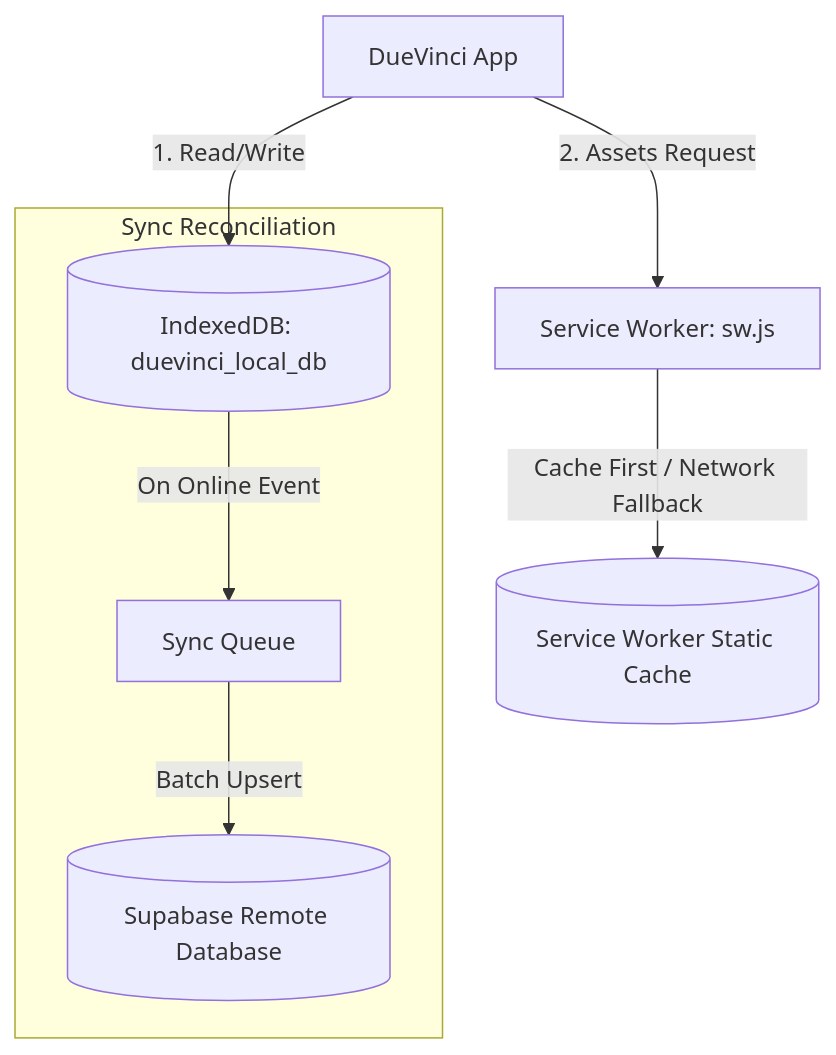
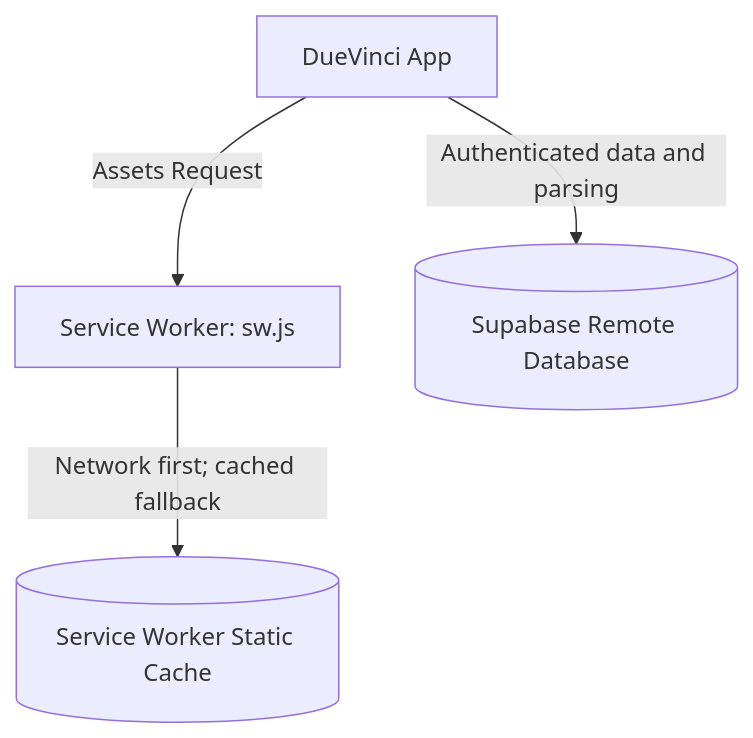
The diagram in wiki/Offline-Support-&-PWA.md (saappleg/DueVinci), drawn with Mermaid before and after one commit. The commit also changed other lines of this file and 12 other files, not shown here.

````diff
--- a/wiki/Offline-Support-&-PWA.md
+++ b/wiki/Offline-Support-&-PWA.md
@@ -9,17 +9,11 @@
 ```mermaid
 flowchart TD
     App[DueVinci App]
     SW[Service Worker: sw.js]
     Cache[(Service Worker Static Cache)]
-    IDB[(IndexedDB: duevinci_local_db)]
     Cloud[(Supabase Remote Database)]
 
-    App -- "1. Read/Write" --> IDB
-    App -- "2. Assets Request" --> SW
-    SW -- "Cache First / Network Fallback" --> Cache
-
-    subgraph Sync Reconciliation
-        IDB -- "On Online Event" --> SyncManager[Sync Queue]
-        SyncManager -- "Batch Upsert" --> Cloud
-    end
+    App -- "Assets Request" --> SW
+    SW -- "Network first; cached fallback" --> Cache
+    App -- "Authenticated data and parsing" --> Cloud
 ```
````
